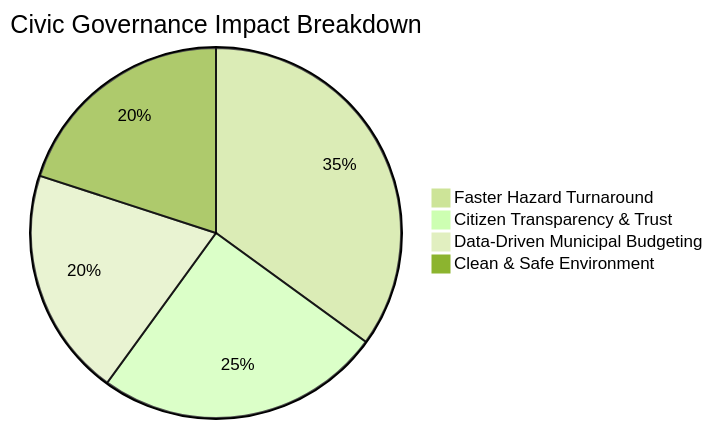
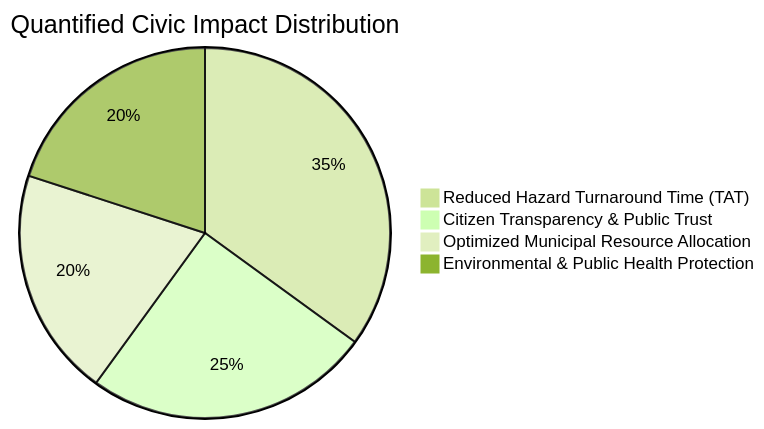
The fourth of 4 diagrams in ppt.md (tott1o/janbindu), drawn with Mermaid (forest theme) before and after one commit. The commit also changed other lines of this file, not shown here.

````diff
--- a/ppt.md
+++ b/ppt.md
@@ -180,7 +165,7 @@
 ```mermaid
-pie title Civic Governance Impact Breakdown
-    "Faster Hazard Turnaround" : 35
-    "Citizen Transparency & Trust" : 25
-    "Data-Driven Municipal Budgeting" : 20
-    "Clean & Safe Environment" : 20
+pie title Quantified Civic Impact Distribution
+    "Reduced Hazard Turnaround Time (TAT)" : 35
+    "Citizen Transparency & Public Trust" : 25
+    "Optimized Municipal Resource Allocation" : 20
+    "Environmental & Public Health Protection" : 20
 ```
````
